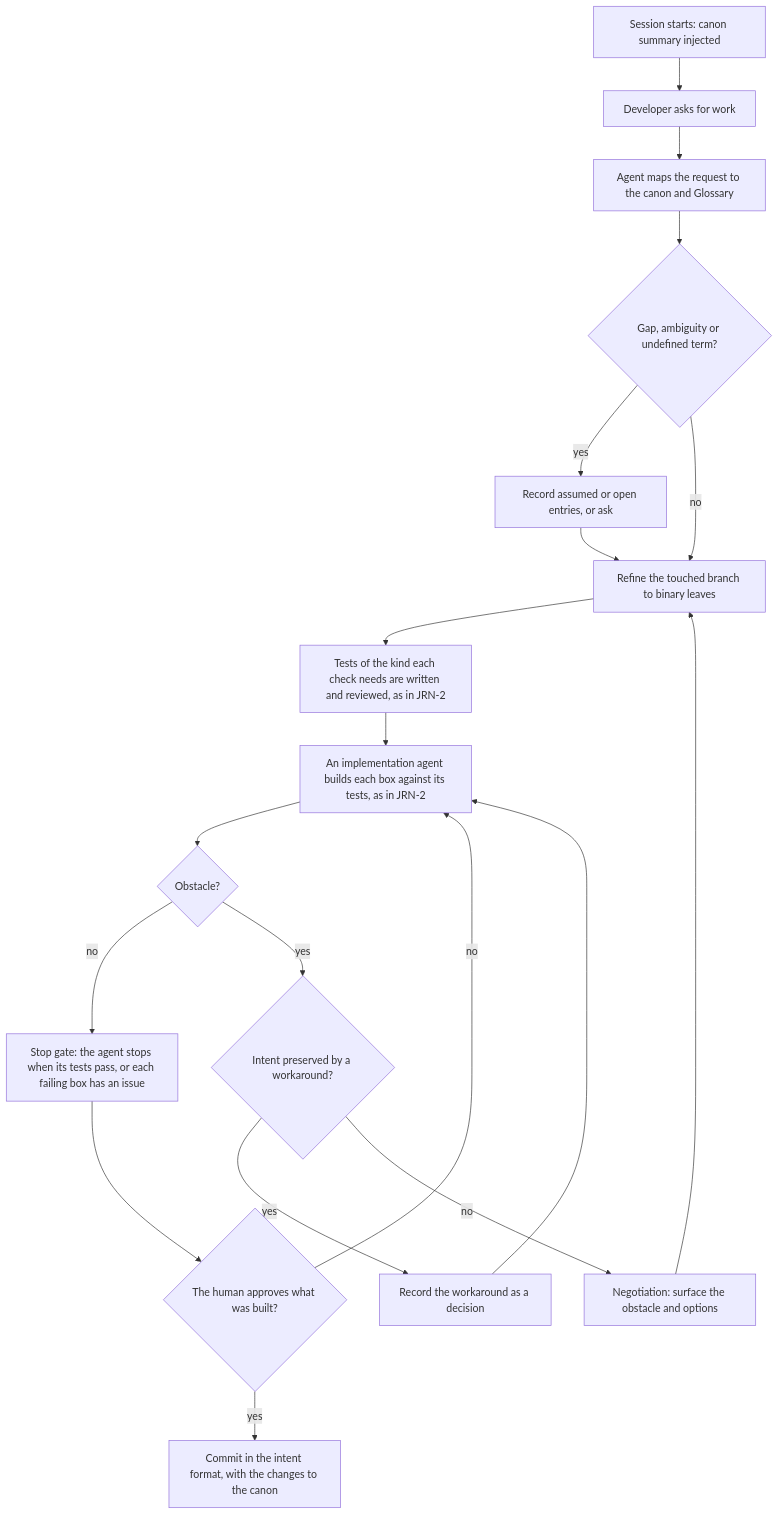
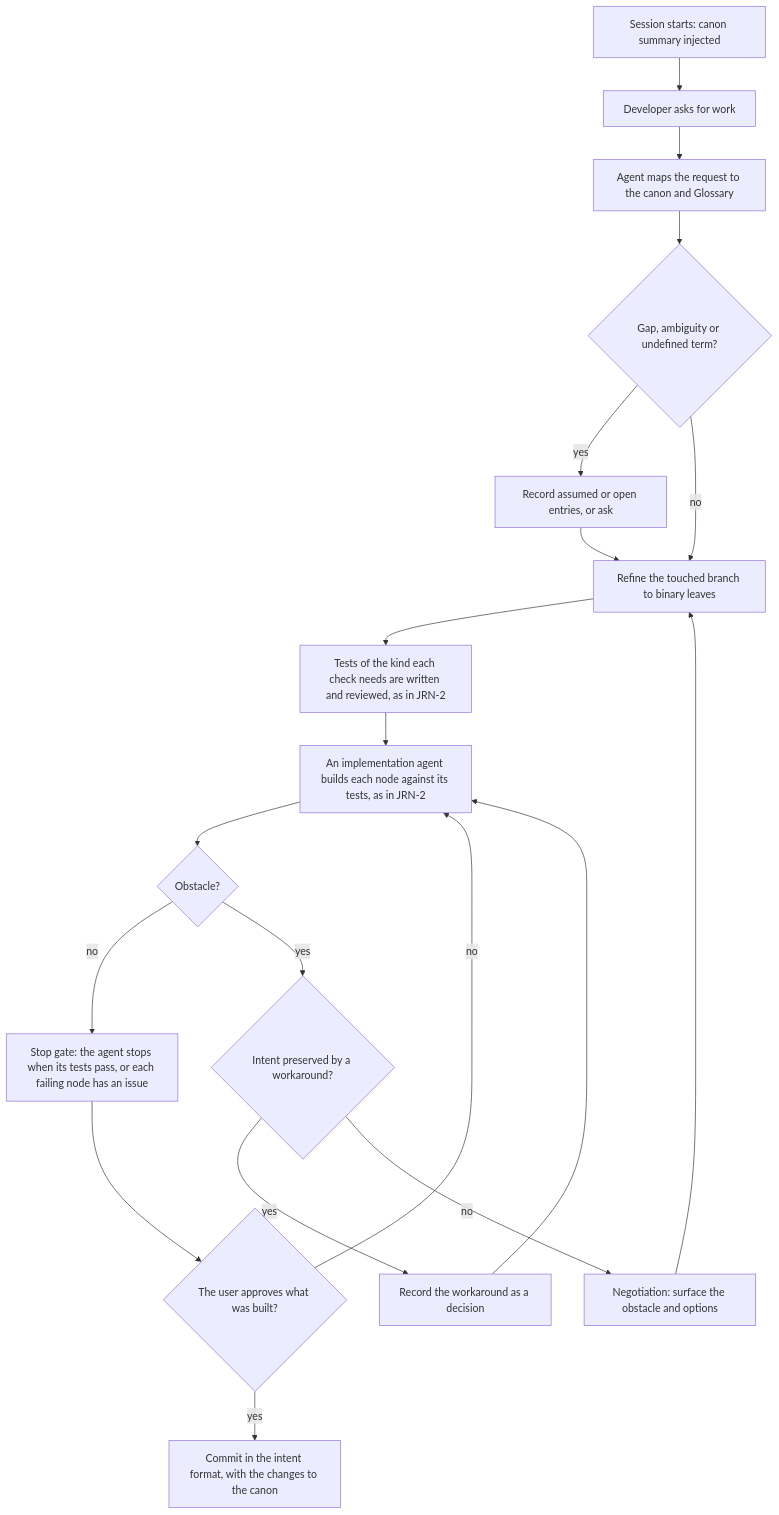
Before and after one commit to Althis/headcanon: the diagram in canon/journeys/JRN-1-working-session.md, drawn with Mermaid. The commit also changed other lines of this file and 157 other files, not shown here.

````diff
--- a/canon/journeys/JRN-1-working-session.md
+++ b/canon/journeys/JRN-1-working-session.md
@@ -16,19 +16,19 @@
 ```mermaid
 flowchart TD
     S1[Session starts: canon summary injected] --> S2[Developer asks for work]
     S2 --> S3[Agent maps the request to the canon and Glossary]
     S3 --> S4{Gap, ambiguity or undefined term?}
     S4 -- yes --> S5[Record assumed or open entries, or ask]
     S5 --> S6
     S4 -- no --> S6[Refine the touched branch to binary leaves]
     S6 --> S7[Tests of the kind each check needs are written and reviewed, as in JRN-2]
-    S7 --> S8[An implementation agent builds each box against its tests, as in JRN-2]
+    S7 --> S8[An implementation agent builds each node against its tests, as in JRN-2]
     S8 --> S9{Obstacle?}
     S9 -- no --> S13
     S9 -- yes --> S10{Intent preserved by a workaround?}
     S10 -- yes --> S11[Record the workaround as a decision] --> S8
     S10 -- no --> S12[Negotiation: surface the obstacle and options] --> S6
-    S13[Stop gate: the agent stops when its tests pass, or each failing box has an issue] --> S14{The human approves what was built?}
+    S13[Stop gate: the agent stops when its tests pass, or each failing node has an issue] --> S14{The user approves what was built?}
     S14 -- no --> S8
     S14 -- yes --> S15[Commit in the intent format, with the changes to the canon]
 ```
````
